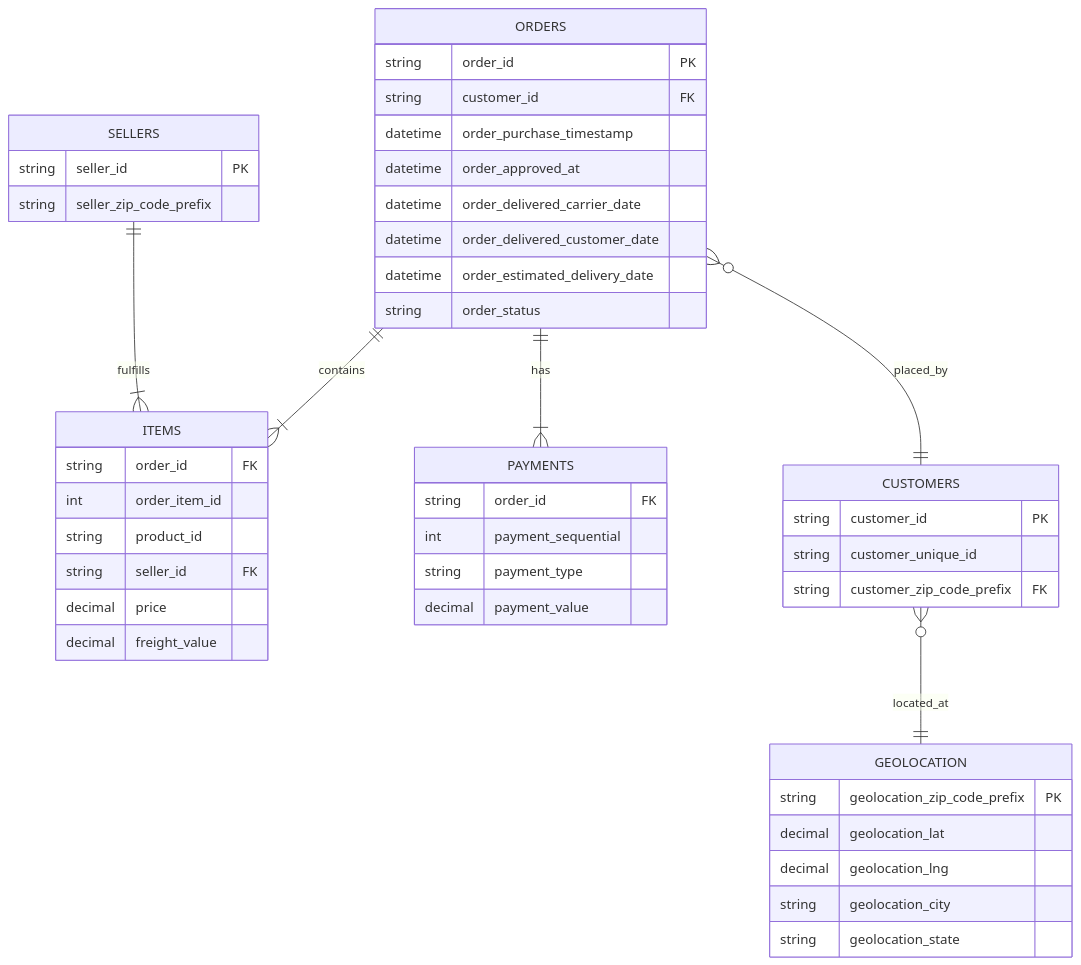
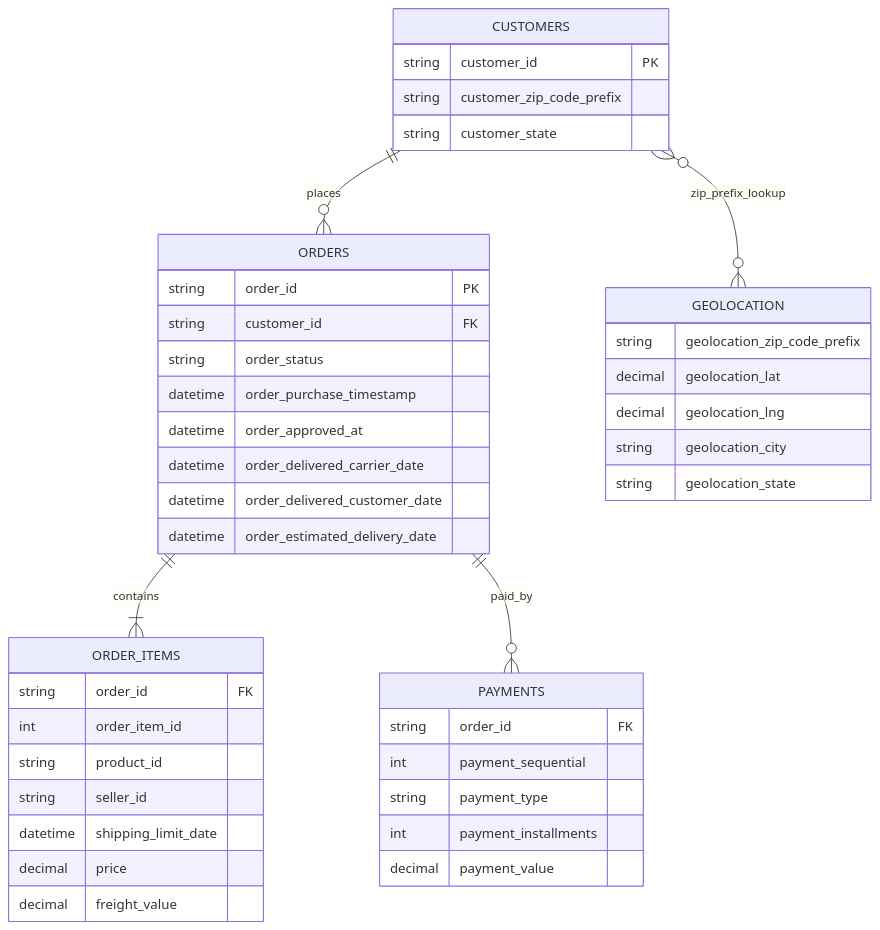
Before and after one commit to MineshShaw/olist-fde-pipeline: the diagram in docs/data-model.mmd, drawn with Mermaid. The commit also changed 19 other files, not shown here.

```diff
--- a/docs/data-model.mmd
+++ b/docs/data-model.mmd
@@ -1,47 +1,44 @@
 erDiagram
-    ORDERS ||--|{ ITEMS : contains
-    ORDERS ||--|{ PAYMENTS : has
-    ORDERS }o--|| CUSTOMERS : placed_by
-    CUSTOMERS }o--|| GEOLOCATION : located_at
-    SELLERS ||--|{ ITEMS : fulfills
+    ORDERS ||--|{ ORDER_ITEMS : contains
+    ORDERS ||--o{ PAYMENTS : paid_by
+    CUSTOMERS ||--o{ ORDERS : places
+    CUSTOMERS }o--o{ GEOLOCATION : zip_prefix_lookup
 
     ORDERS {
         string order_id PK
         string customer_id FK
+        string order_status
         datetime order_purchase_timestamp
         datetime order_approved_at
         datetime order_delivered_carrier_date
         datetime order_delivered_customer_date
         datetime order_estimated_delivery_date
-        string order_status
     }
-    ITEMS {
+    ORDER_ITEMS {
         string order_id FK
         int order_item_id
         string product_id
-        string seller_id FK
+        string seller_id
+        datetime shipping_limit_date
         decimal price
         decimal freight_value
     }
     PAYMENTS {
         string order_id FK
         int payment_sequential
         string payment_type
+        int payment_installments
         decimal payment_value
     }
     CUSTOMERS {
         string customer_id PK
-        string customer_unique_id
-        string customer_zip_code_prefix FK
+        string customer_zip_code_prefix
+        string customer_state
     }
     GEOLOCATION {
-        string geolocation_zip_code_prefix PK
+        string geolocation_zip_code_prefix
         decimal geolocation_lat
         decimal geolocation_lng
         string geolocation_city
         string geolocation_state
     }
-    SELLERS {
-        string seller_id PK
-        string seller_zip_code_prefix
-    }
```
